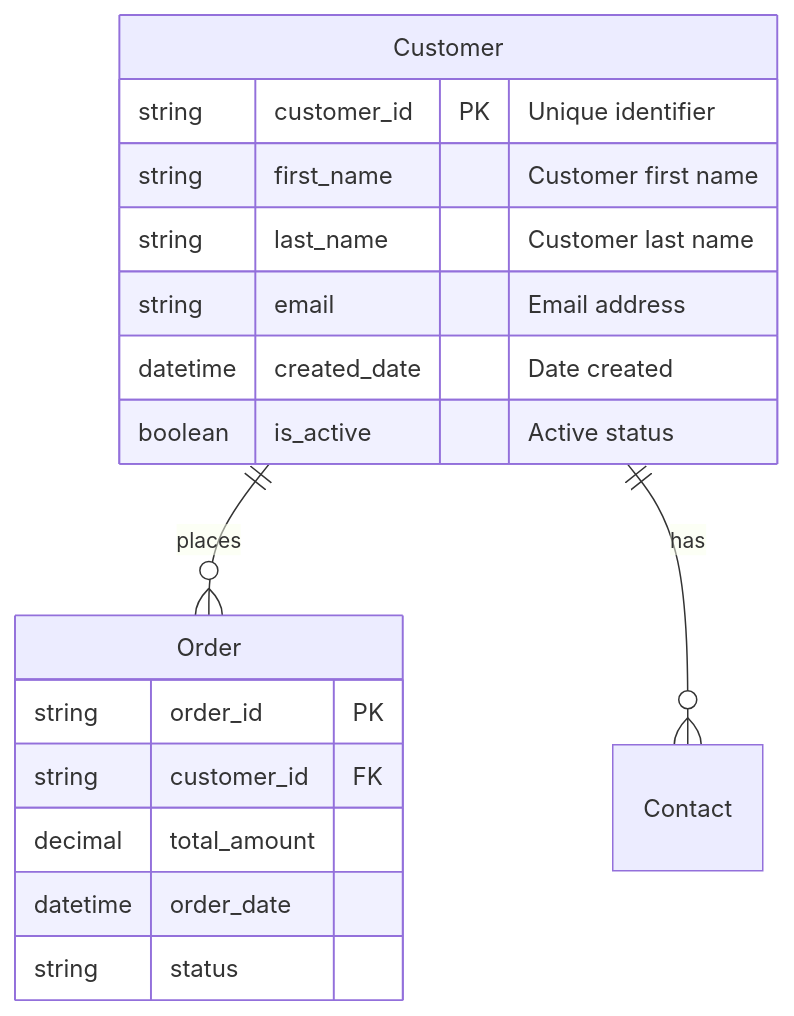
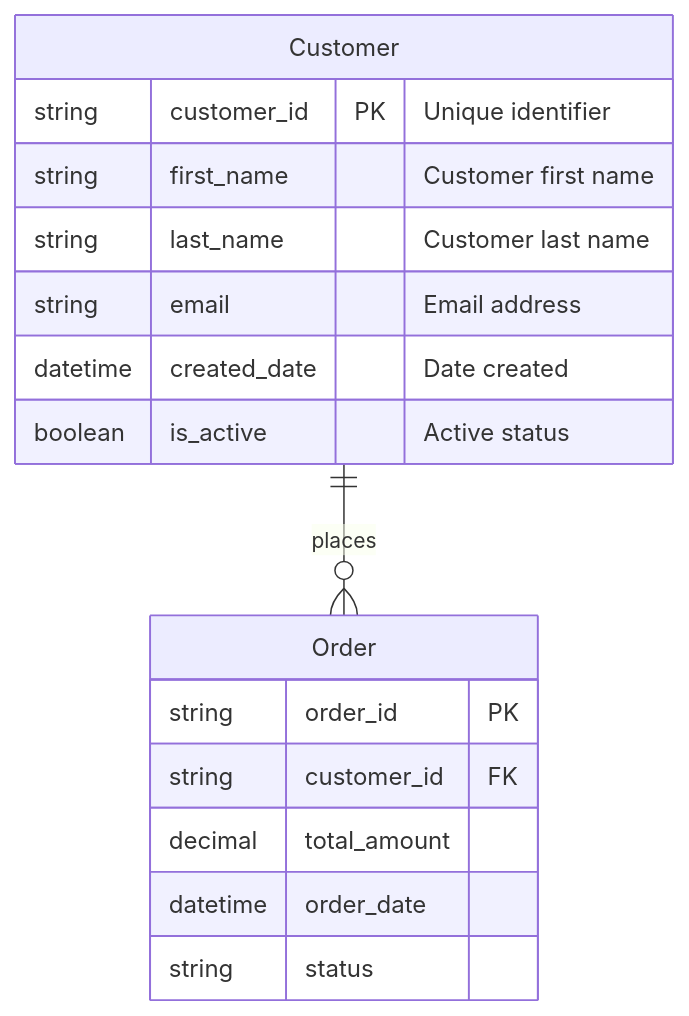
The first of 3 diagrams in docs/DEVELOPER_ARCHITECTURE.md (LuiseFreese/mermaid), drawn with Mermaid before and after one commit. The commit also changed other lines of this file and 5 other files, not shown here.

````diff
--- a/docs/DEVELOPER_ARCHITECTURE.md
+++ b/docs/DEVELOPER_ARCHITECTURE.md
@@ -184,27 +155,26 @@
 ```mermaid
 erDiagram
     %% Entity definition with attributes
     Customer {
         string customer_id PK "Unique identifier"
         string first_name "Customer first name"
         string last_name "Customer last name"
         string email "Email address"
         datetime created_date "Date created"
         boolean is_active "Active status"
     }
     
     Order {
         string order_id PK
         string customer_id FK
         decimal total_amount
         datetime order_date
         string status
     }
     
     %% One-to-many relationships (directly supported)
     Customer ||--o{ Order : "places"
-    Customer ||--o{ Contact : "has"
     
     %% Note: Many-to-many relationships require explicit junction tables
     %% See the "Advanced Relationship Handling" section for examples
 ```
````
